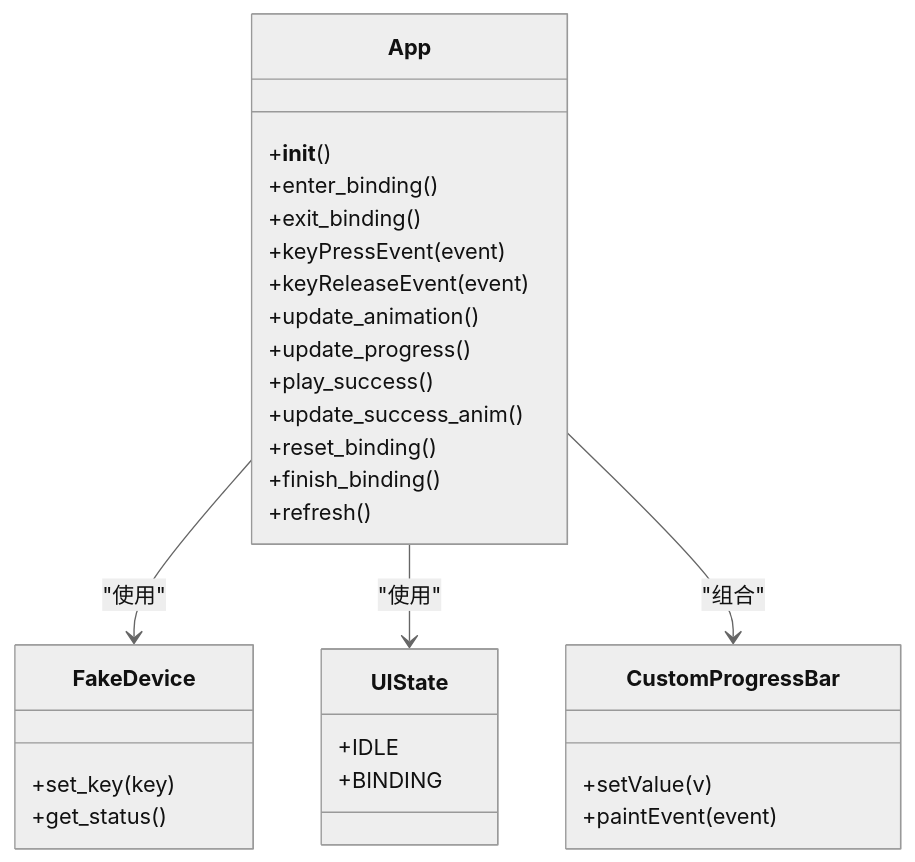
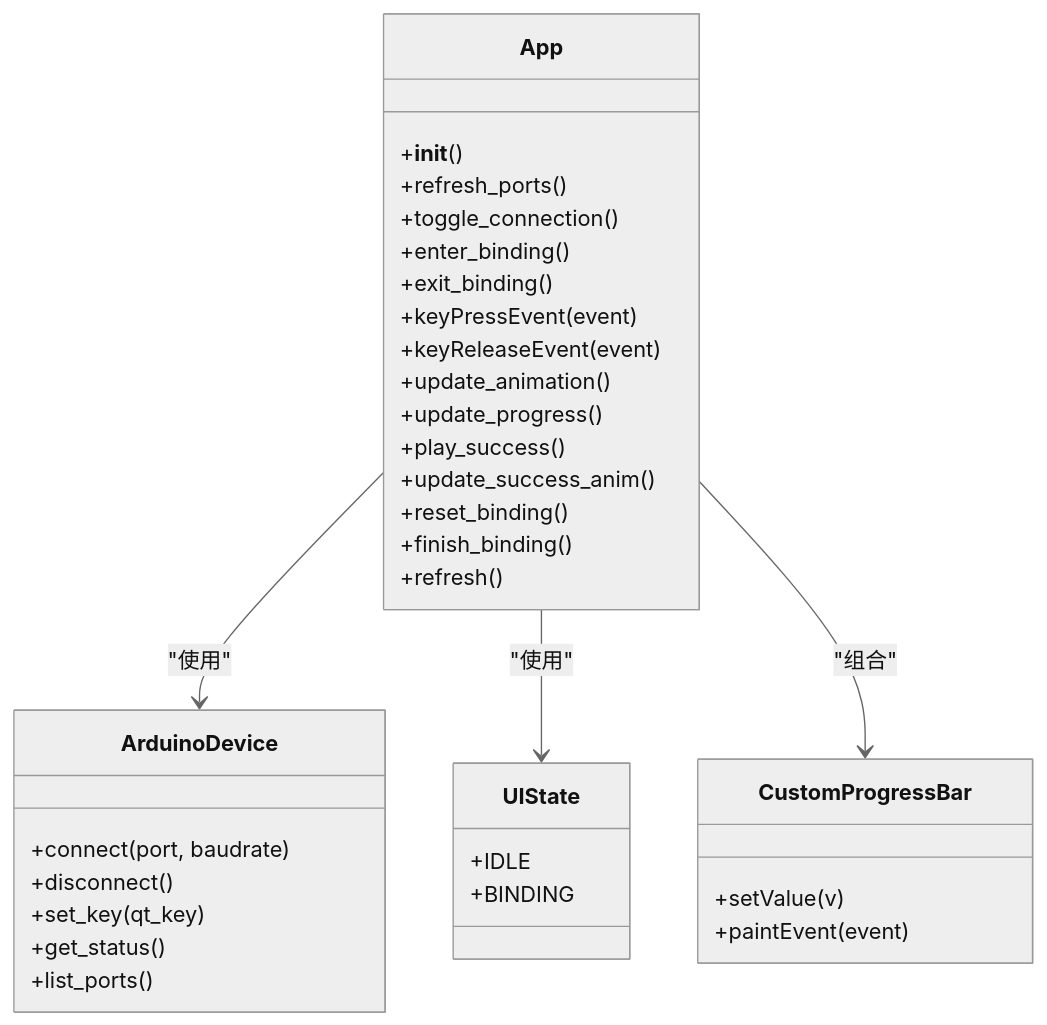
The fourth of 5 diagrams in .qoder/repowiki/zh/content/桌面应用架构/应用程序入口.md (Hankun-P/wireless-keyboard-toy), drawn with Mermaid (neutral theme) before and after one commit. The commit also changed other lines of this file and 11 other files, not shown here.

````diff
--- a/.qoder/repowiki/zh/content/桌面应用架构/应用程序入口.md
+++ b/.qoder/repowiki/zh/content/桌面应用架构/应用程序入口.md
@@ -129,32 +148,37 @@
 ```mermaid
 classDiagram
 class App {
 +__init__()
++refresh_ports()
++toggle_connection()
 +enter_binding()
 +exit_binding()
 +keyPressEvent(event)
 +keyReleaseEvent(event)
 +update_animation()
 +update_progress()
 +play_success()
 +update_success_anim()
 +reset_binding()
 +finish_binding()
 +refresh()
 }
-class FakeDevice {
-+set_key(key)
+class ArduinoDevice {
++connect(port, baudrate)
++disconnect()
++set_key(qt_key)
 +get_status()
++list_ports()
 }
 class UIState {
 +IDLE
 +BINDING
 }
 class CustomProgressBar {
 +setValue(v)
 +paintEvent(event)
 }
-App --> FakeDevice : "使用"
+App --> ArduinoDevice : "使用"
 App --> UIState : "使用"
 App --> CustomProgressBar : "组合"
 ```
````
